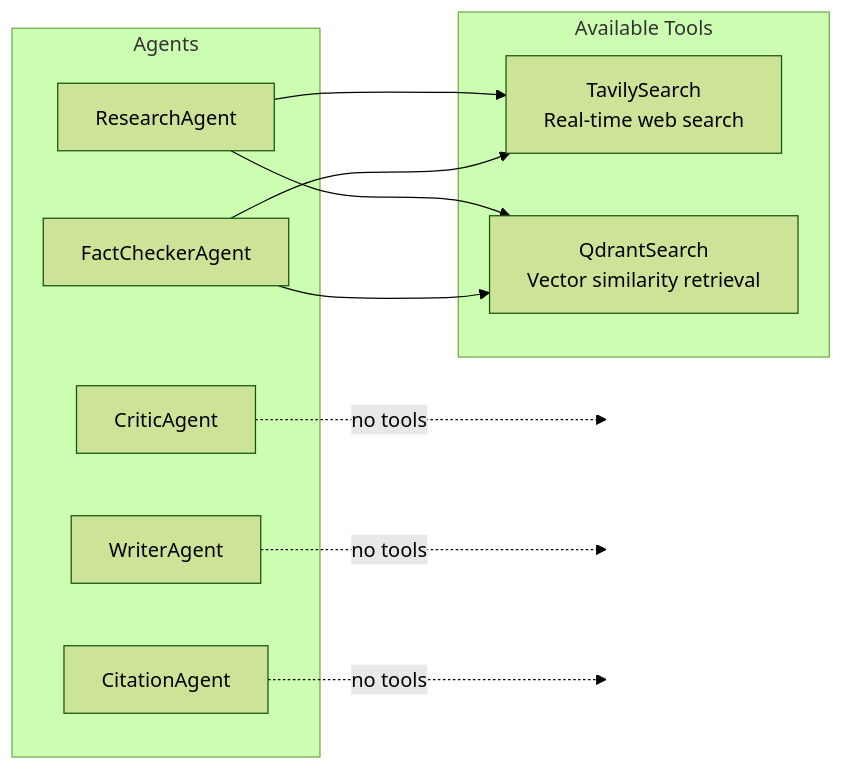
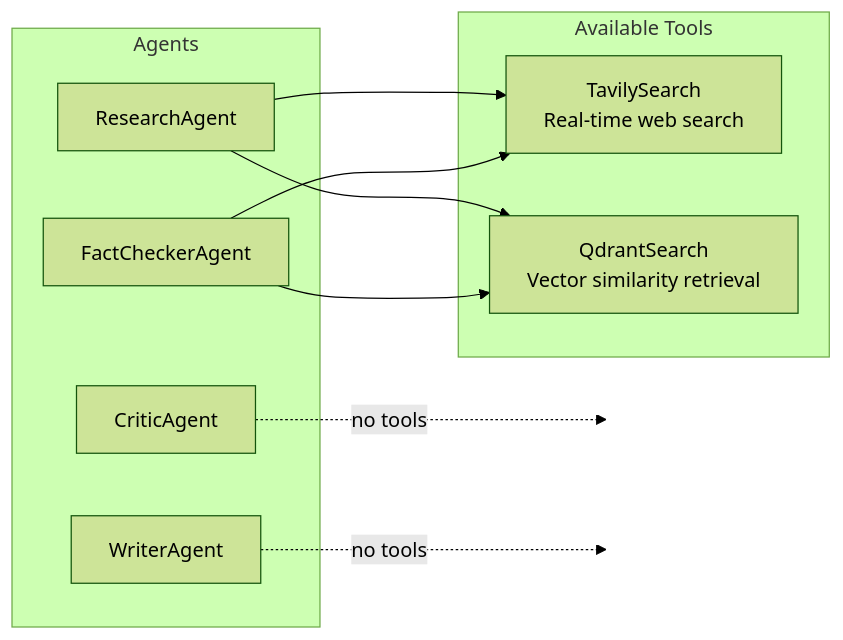
One commit to ShantanuRamavat/LitReviewer changed diagram 11 of 29 in docs/system-design.md. Above: the diagram before and after it, drawn with Mermaid (forest theme). The commit also changed other lines of this file, not shown here.

````diff
--- a/docs/system-design.md
+++ b/docs/system-design.md
@@ -564,27 +551,24 @@
 ```mermaid
 graph LR
     subgraph TOOLS["Available Tools"]
         T1[TavilySearch\nReal-time web search]
         T2[QdrantSearch\nVector similarity retrieval]
     end
 
     subgraph AGENTS["Agents"]
         A1[ResearchAgent]
         A2[FactCheckerAgent]
         A3[CriticAgent]
         A4[WriterAgent]
-        A5[CitationAgent]
     end
 
     A1 --> T1
     A1 --> T2
     A2 --> T1
     A2 --> T2
     A3 -.->|no tools| X1[ ]
     A4 -.->|no tools| X2[ ]
-    A5 -.->|no tools| X3[ ]
 
     style X1 fill:none,stroke:none
     style X2 fill:none,stroke:none
-    style X3 fill:none,stroke:none
 ```
````
